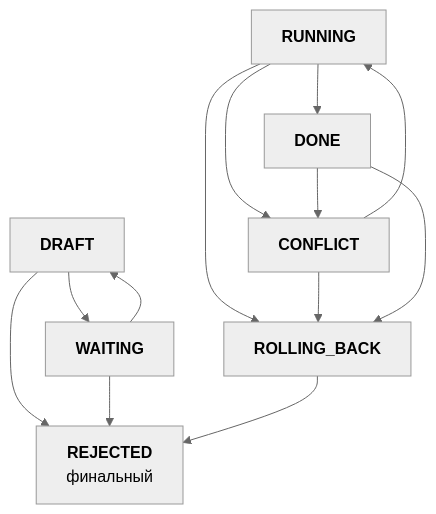
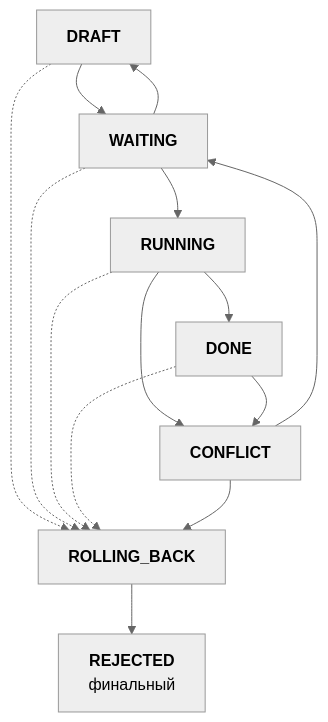
Before and after one commit to NSEvteev/FullSpec: the first of 5 diagrams in specs/.instructions/standard-specs-reference.md, drawn with Mermaid (neutral theme). The commit also changed other lines of this file and 4 other files, not shown here.

First line of the commit message:
docs: редизайн каскадной модели SDD — tree-level CONFLICT, CONFLICT→WAITING→RUNNING

````diff
--- a/specs/.instructions/standard-specs-reference.md
+++ b/specs/.instructions/standard-specs-reference.md
@@ -87,30 +101,29 @@
 ```mermaid
 graph TD
     DRAFT["<b>DRAFT</b>"]
-
     WAITING["<b>WAITING</b>"]
-
     RUNNING["<b>RUNNING</b>"]
-
     DONE["<b>DONE</b>"]
-
     CONFLICT["<b>CONFLICT</b>"]
-
     ROLLING_BACK["<b>ROLLING_BACK</b>"]
-
     REJECTED["<b>REJECTED</b>
     финальный"]
 
     DRAFT --> WAITING
-    DRAFT --> REJECTED
-    WAITING --> REJECTED
+    DRAFT -.-> ROLLING_BACK
     WAITING --> DRAFT
+    WAITING --> RUNNING
+    WAITING -.-> ROLLING_BACK
+
     RUNNING --> DONE
     RUNNING --> CONFLICT
-    RUNNING --> ROLLING_BACK
-    CONFLICT --> RUNNING
+    RUNNING -.-> ROLLING_BACK
+
+    DONE ~~~ CONFLICT
+    DONE --> CONFLICT
+    DONE -.-> ROLLING_BACK
+    CONFLICT --> WAITING
     CONFLICT --> ROLLING_BACK
-    DONE --> ROLLING_BACK
-    DONE --> CONFLICT
+
     ROLLING_BACK --> REJECTED
 ```
````
